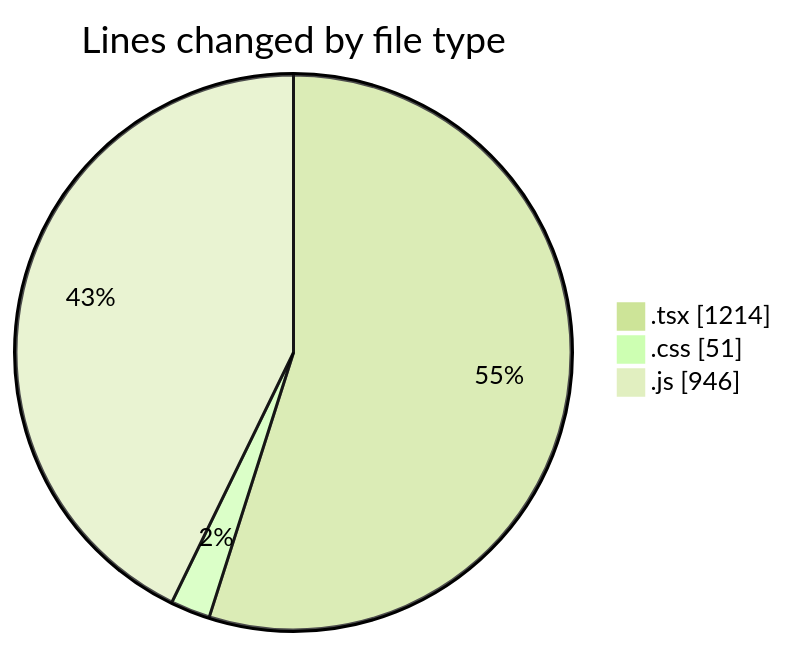
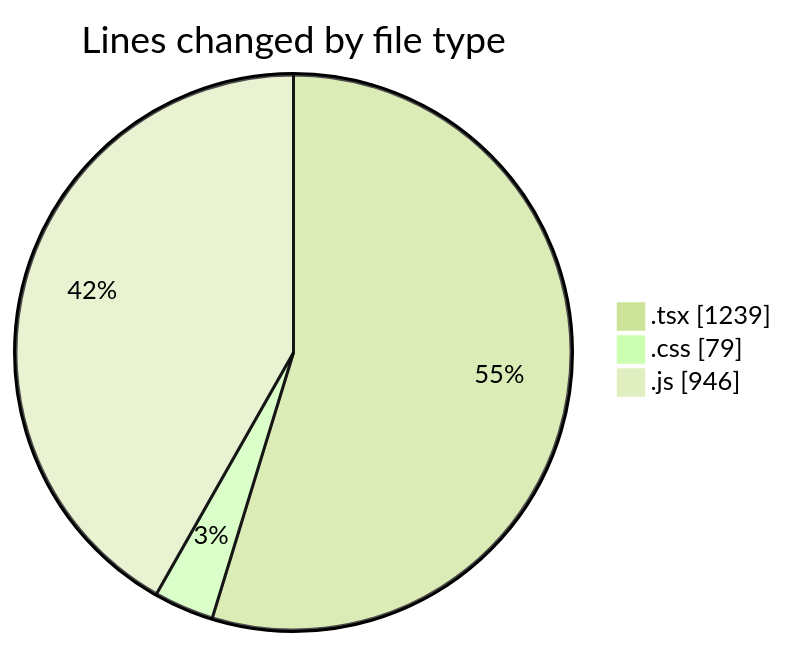
The first of 2 diagrams in 2025-04-22/indesign/README.md (Elitesun/code-tracking), drawn with Mermaid (forest theme) before and after one commit. The commit also changed other lines of this file and 1 other file, not shown here.

````diff
--- a/2025-04-22/indesign/README.md
+++ b/2025-04-22/indesign/README.md
@@ -30,7 +32,7 @@
 ```mermaid
 pie showData
 title Lines changed by file type
-".tsx" : 1214
-".css" : 51
+".tsx" : 1239
+".css" : 79
 ".js" : 946
 ```
````
